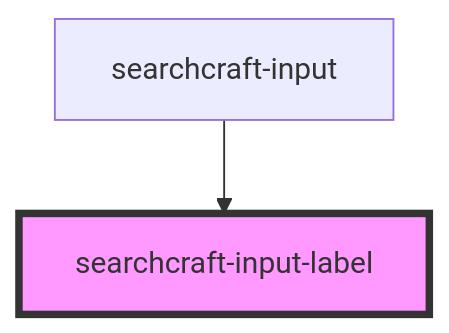
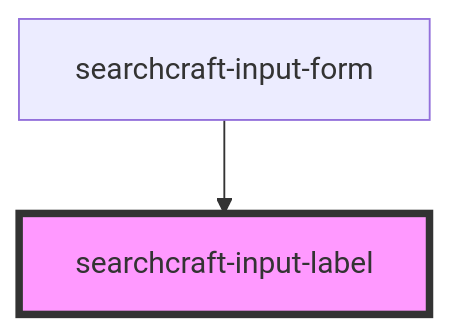
Before and after one commit to searchcraft-inc/searchcraft-javascript-sdks: the diagram in packages/javascript-sdk/src/components/searchcraft-input-label/readme.md, drawn with Mermaid. The commit also changed other lines of this file and 27 other files, not shown here.

First line of the commit message:
Creates searchcraft-input-form to replace auto-search-form and base-search-form. re:SC-554

````diff
--- a/packages/javascript-sdk/src/components/searchcraft-input-label/readme.md
+++ b/packages/javascript-sdk/src/components/searchcraft-input-label/readme.md
@@ -23,5 +23,5 @@
 ```mermaid
 graph TD;
-  searchcraft-input --> searchcraft-input-label
+  searchcraft-input-form --> searchcraft-input-label
   style searchcraft-input-label fill:#f9f,stroke:#333,stroke-width:4px
 ```
````
